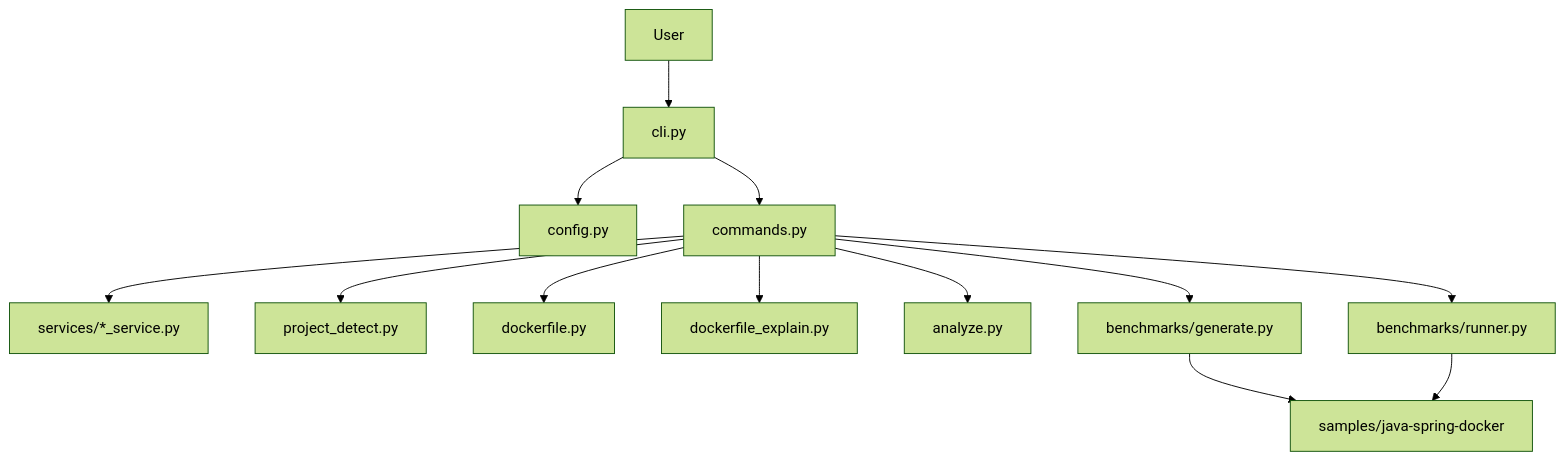
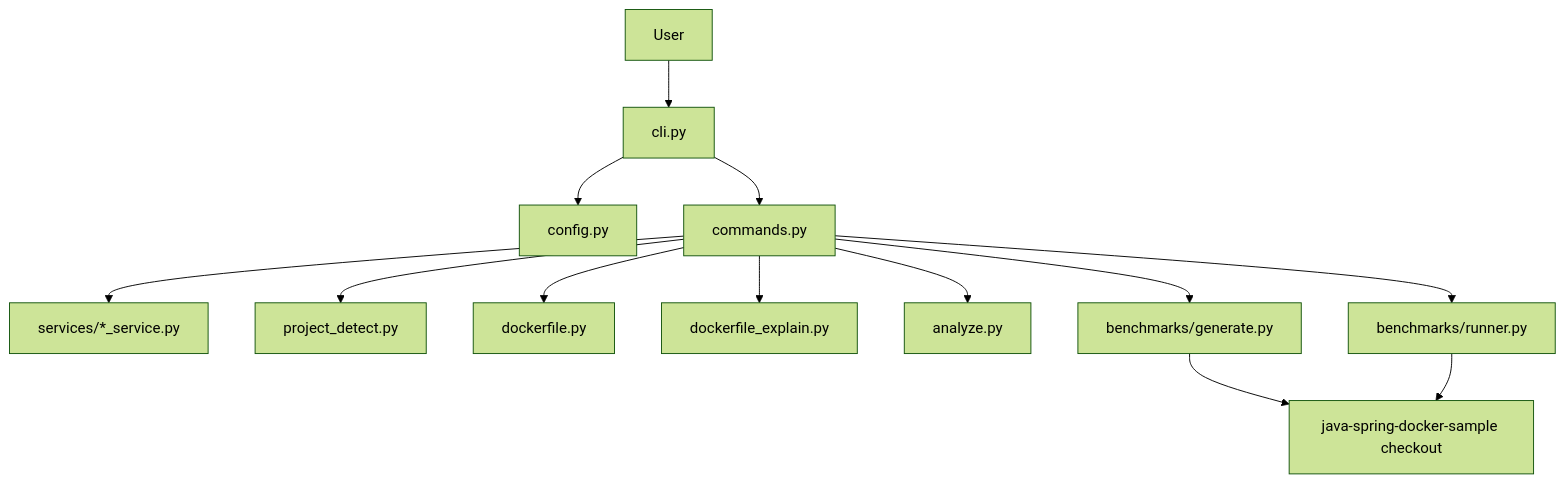
Before and after one commit to mnafshin/springdocker: the diagram in docs/architecture.md, drawn with Mermaid (forest theme). The commit also changed 27 other files, not shown here.

````diff
--- a/docs/architecture.md
+++ b/docs/architecture.md
@@ -7,15 +7,15 @@
 ```mermaid
 flowchart TD
   user[User] --> cli[cli.py]
   cli --> config[config.py]
   cli --> commands[commands.py]
   commands --> services[services/*_service.py]
   commands --> detect[project_detect.py]
   commands --> dockerfile[dockerfile.py]
   commands --> explain[dockerfile_explain.py]
   commands --> analyze[analyze.py]
   commands --> benchgen[benchmarks/generate.py]
   commands --> benchr[benchmarks/runner.py]
-  benchgen --> sample[samples/java-spring-docker]
+  benchgen --> sample[java-spring-docker-sample checkout]
   benchr --> sample
 ```
````
